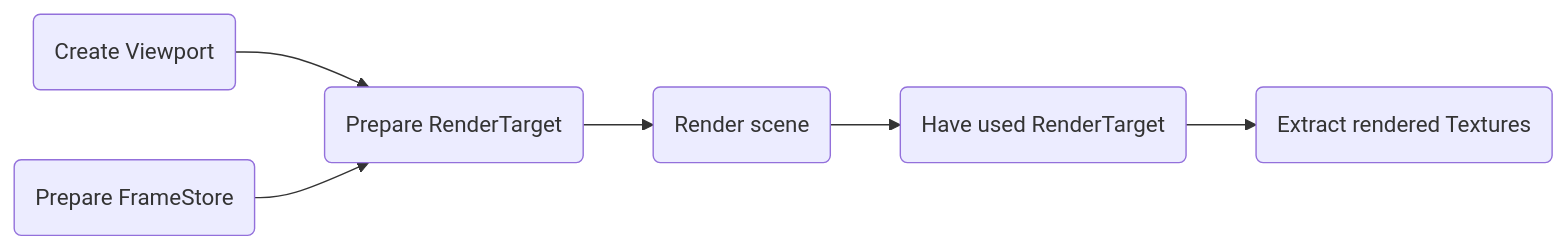
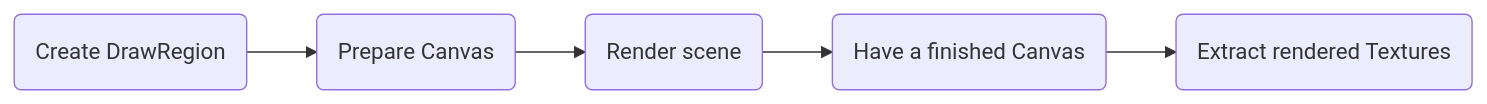
The third of 3 diagrams in Docs/100_Engine_overview/FrameRendering.md (LMauricius/VitraeDocs), drawn with Mermaid before and after one commit. The commit also changed other lines of this file, not shown here.

Commit message:
Renames for Render canvas

````diff
--- a/Docs/100_Engine_overview/FrameRendering.md
+++ b/Docs/100_Engine_overview/FrameRendering.md
@@ -57,15 +59,13 @@
 ```mermaid
 flowchart LR
-    CVP(Create Viewport)
-    PFS(Prepare FrameStore)
-    PRT(Prepare RenderTarget)
+    CD(Create DrawRegion)
+    PCNV(Prepare Canvas)
     R(Render scene)
-    URT(Have used RenderTarget)
+    UCNV(Have a finished Canvas)
     ET(Extract rendered Textures)
 
-    CVP --> PRT
-    PFS --> PRT
-    PRT --> R
-    R --> URT
-    URT --> ET
+    CD --> PCNV
+    PCNV --> R
+    R --> UCNV
+    UCNV --> ET
 ```
````
